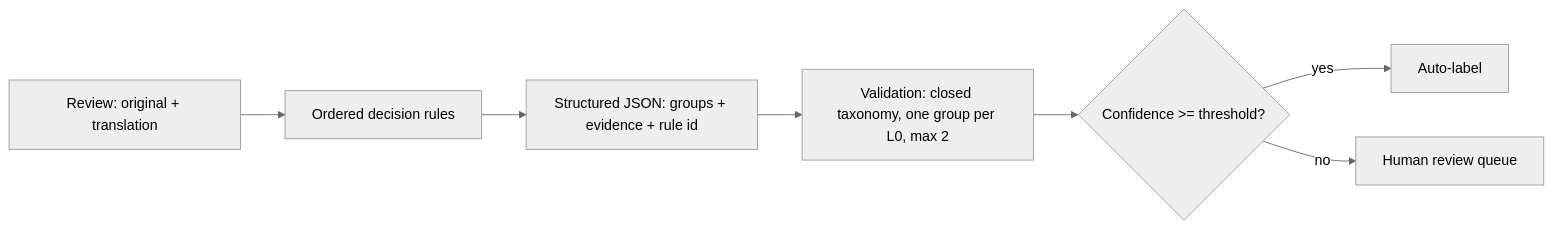
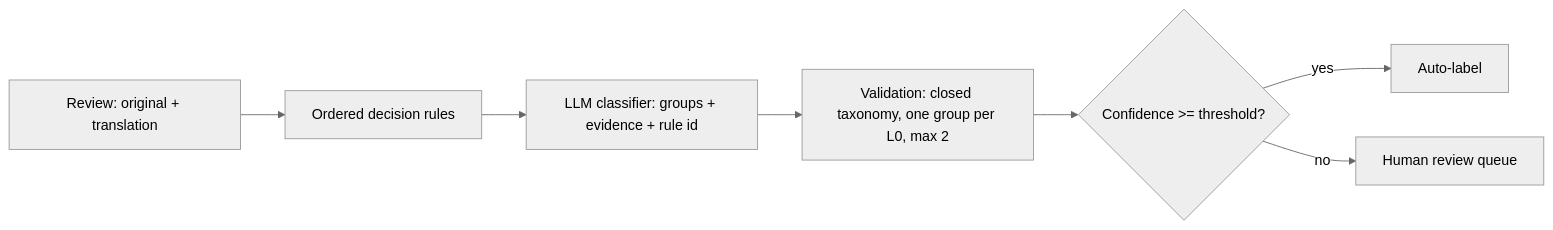
Before and after one commit to myjiji4/voc-label-agent-demo: the diagram in README.md, drawn with Mermaid (neutral theme). The commit also changed other lines of this file and 8 other files, not shown here.

````diff
--- a/README.md
+++ b/README.md
@@ -35,9 +81,9 @@
 ```mermaid
 flowchart LR
   A[Review: original + translation] --> B[Ordered decision rules]
-  B --> C[Structured JSON: groups + evidence + rule id]
+  B --> C[LLM classifier: groups + evidence + rule id]
   C --> D[Validation: closed taxonomy, one group per L0, max 2]
   D --> E{Confidence >= threshold?}
   E -- yes --> F[Auto-label]
   E -- no --> G[Human review queue]
 ```
````
